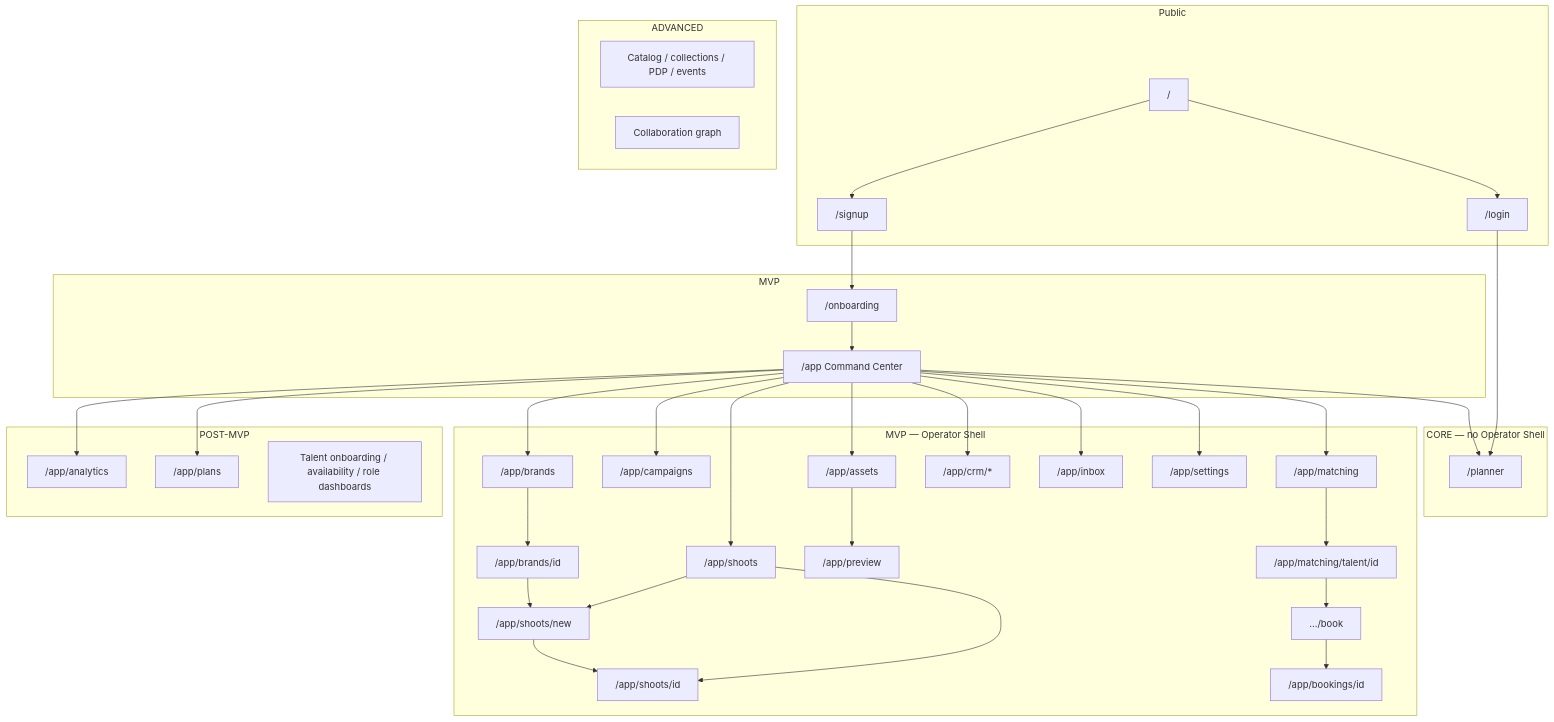
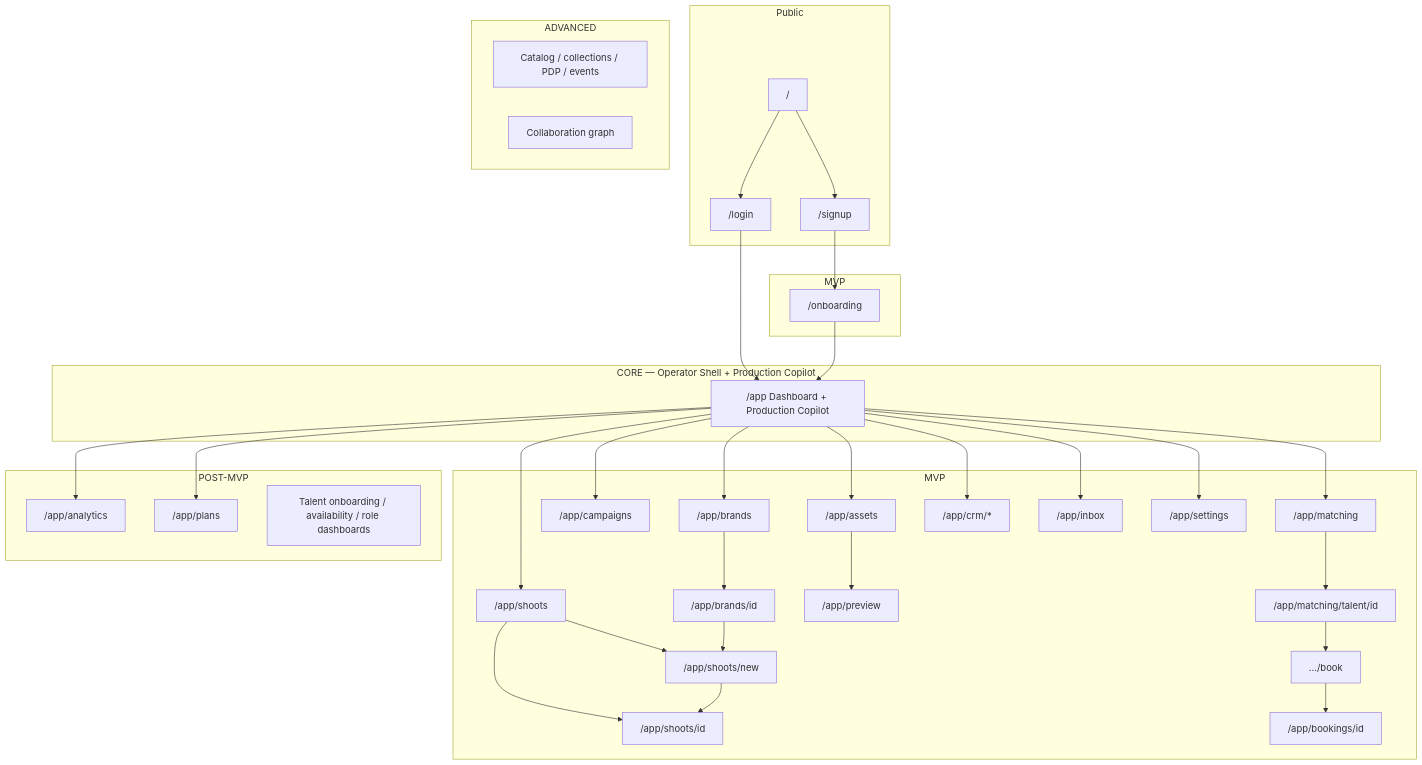
One commit to amoai-tech/ipixai changed the diagram in docs/sitemap.md. Above: the diagram before and after it, drawn with Mermaid. The commit also changed other lines of this file, not shown here.

First line of the commit message:
Docs: make /app the single Production Copilot surface (#206)

````diff
--- a/docs/sitemap.md
+++ b/docs/sitemap.md
@@ -113,64 +114,62 @@
 ```mermaid
 flowchart TD
   subgraph public [Public]
     Home["/"]
     Login["/login"]
     Signup["/signup"]
     Home --> Login
     Home --> Signup
   end
 
-  subgraph core [CORE — no Operator Shell]
-    AIPlanner["/planner"]
-    Login --> AIPlanner
+  subgraph core [CORE — Operator Shell + Production Copilot]
+    CC["/app Dashboard + Production Copilot"]
+    Login --> CC
   end
 
   subgraph mvpOnb [MVP]
     Onboard["/onboarding"]
     Signup --> Onboard
     Onboard --> CC
   end
 
-  subgraph mvp [MVP — Operator Shell]
-    CC["/app Command Center"]
+  subgraph mvp [MVP]
     Brand["/app/brands"]
     BrandD["/app/brands/id"]
     Shoots["/app/shoots"]
     ShootN["/app/shoots/new"]
     ShootD["/app/shoots/id"]
     Camp["/app/campaigns"]
     Assets["/app/assets"]
     Prev["/app/preview"]
     Match["/app/matching"]
     Talent["/app/matching/talent/id"]
     BookW[".../book"]
     BookD["/app/bookings/id"]
     CRM["/app/crm/*"]
     Inbox["/app/inbox"]
     Settings["/app/settings"]
     CC --> Brand --> BrandD
     CC --> Shoots --> ShootD
     Shoots --> ShootN --> ShootD
     BrandD --> ShootN
     CC --> Camp
     CC --> Assets --> Prev
     CC --> Match --> Talent --> BookW --> BookD
     CC --> CRM
     CC --> Inbox
     CC --> Settings
-    CC --> AIPlanner
   end
 
   subgraph post [POST-MVP]
     Analytics["/app/analytics"]
     Plans["/app/plans"]
     TOnb["Talent onboarding / availability / role dashboards"]
     CC --> Analytics
     CC --> Plans
   end
 
   subgraph adv [ADVANCED]
     Cat["Catalog / collections / PDP / events"]
     Collab["Collaboration graph"]
   end
 ```
````
